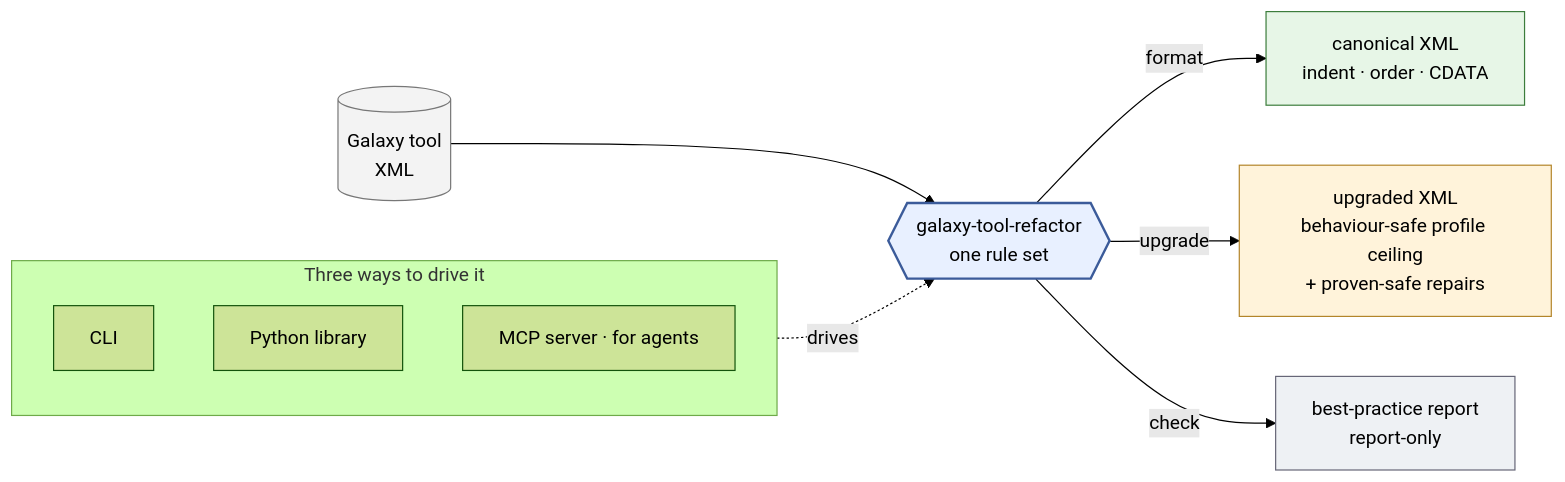
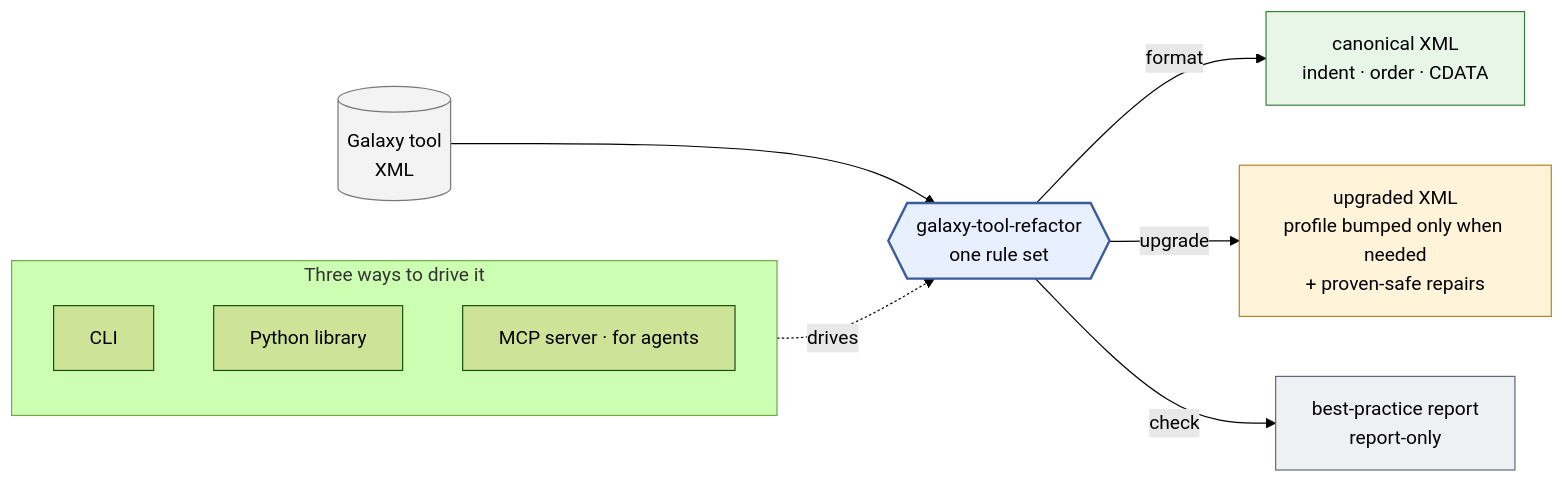
The diagram in docs/guide/index.md (richard-burhans/galaxy-tool-refactor), drawn with Mermaid (forest theme) before and after one commit. The commit also changed other lines of this file and 44 other files, not shown here.

````diff
--- a/docs/guide/index.md
+++ b/docs/guide/index.md
@@ -7,30 +7,30 @@
 ```mermaid
 flowchart LR
     subgraph S["Three ways to drive it"]
         direction TB
         CLI["CLI"]
         LIB["Python library"]
         MCP["MCP server · for agents"]
     end
 
     XML[("Galaxy tool<br/>XML")]
     ENGINE{{"galaxy-tool-refactor<br/>one rule set"}}
 
     S -. drives .-> ENGINE
     XML --> ENGINE
 
     ENGINE -->|format| FMT["canonical XML<br/>indent · order · CDATA"]
-    ENGINE -->|upgrade| UPG["upgraded XML<br/>behaviour-safe profile ceiling<br/>+ proven-safe repairs"]
+    ENGINE -->|upgrade| UPG["upgraded XML<br/>profile bumped only when needed<br/>+ proven-safe repairs"]
     ENGINE -->|check| CHK["best-practice report<br/>report-only"]
 
     classDef engine fill:#e8f0ff,stroke:#3b5b9a,stroke-width:2px;
     classDef io fill:#f3f3f3,stroke:#777777;
     classDef safe fill:#e7f6e7,stroke:#3c7d3c;
     classDef bounded fill:#fff3da,stroke:#b3852a;
     classDef report fill:#eef1f4,stroke:#666677;
     class ENGINE engine;
     class XML io;
     class FMT safe;
     class UPG bounded;
     class CHK report;
 ```
````
